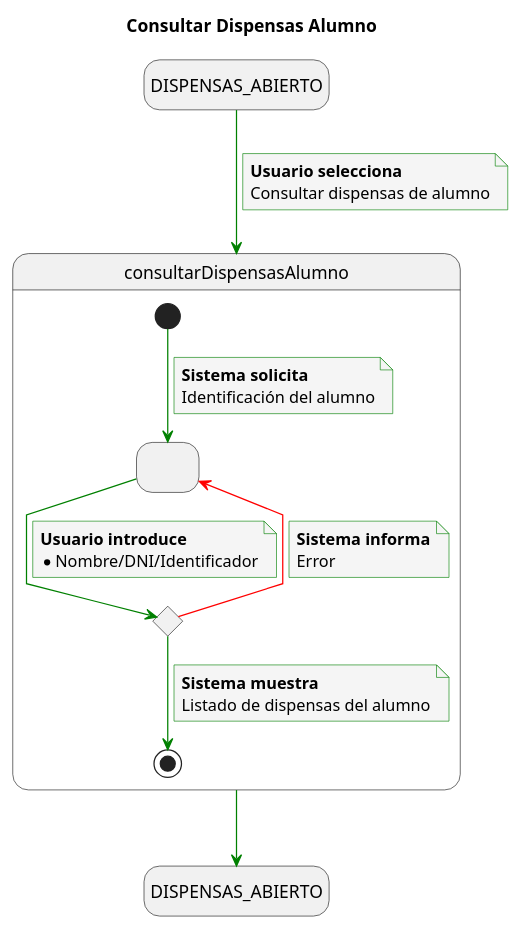
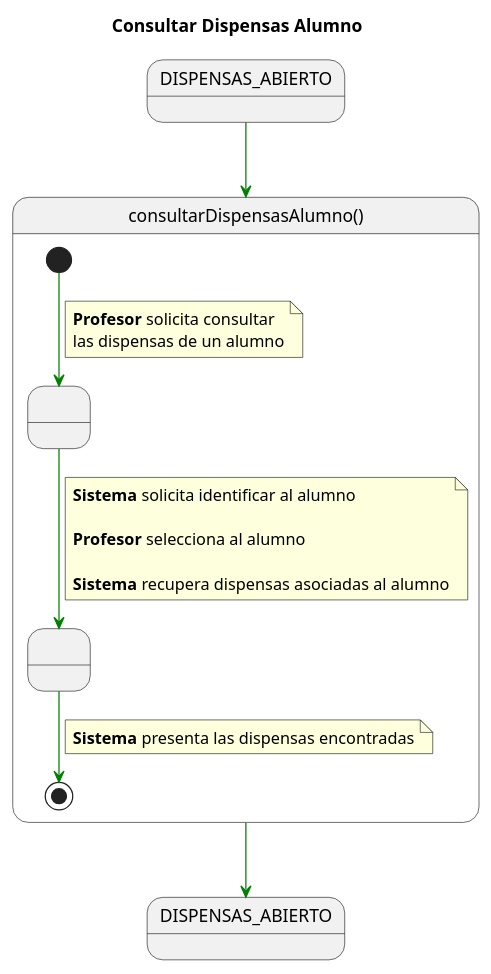
Before and after one commit to enmabry/25-26-IdSw1-SdR: the diagram in documents/CasosDeUso/DetalladoCasosDeUso/Profesor/consultarDispensasAlumno.puml, drawn with PlantUML. The commit also changed 11 other files, not shown here.

```diff
--- a/documents/CasosDeUso/DetalladoCasosDeUso/Profesor/consultarDispensasAlumno.puml
+++ b/documents/CasosDeUso/DetalladoCasosDeUso/Profesor/consultarDispensasAlumno.puml
@@ -1,53 +1,40 @@
 @startuml
 title Consultar Dispensas Alumno
 
-skinparam {
-    NoteBackgroundColor #whiteSmoke
-    ArrowColor #green
-    NoteBorderColor #green
-    linetype polyline
+skinparam linetype polyline
+
+state DISPENSAS_ABIERTO_INICIAL as "DISPENSAS_ABIERTO"
+state DISPENSAS_ABIERTO_FINAL as "DISPENSAS_ABIERTO"
+
+DISPENSAS_ABIERTO_INICIAL -[#green]-> consultarDispensasAlumno
+
+state consultarDispensasAlumno as "consultarDispensasAlumno()" {
+
+    state " " as SolicitandoBusqueda
+    state " " as ResultadosDispensas
+
+    [*] -[#green]-> SolicitandoBusqueda
+    note on link
+    <b>Profesor</b> solicita consultar
+    las dispensas de un alumno
+    end note
+
+    SolicitandoBusqueda -[#green]-> ResultadosDispensas
+    note on link
+    <b>Sistema</b> solicita identificar al alumno
+    
+    <b>Profesor</b> selecciona al alumno
+
+    <b>Sistema</b> recupera dispensas asociadas al alumno
+    end note
+
+    ResultadosDispensas -[#green]-> [*]
+    note on link
+    <b>Sistema</b> presenta las dispensas encontradas
+    end note
+
 }
 
-hide empty description
-
-state startState as "DISPENSAS_ABIERTO"
-state endState as "DISPENSAS_ABIERTO"
-
-startState --> consultarDispensasAlumno
-note on link
-    <b>Usuario selecciona</b>
-    Consultar dispensas de alumno
-end note
-
-state consultarDispensasAlumno {
-    state IngresoDatos as " "
-    state ValidarAlumno <<choice>>
-
-    [*] --> IngresoDatos
-    note on link
-        <b>Sistema solicita</b>
-        Identificación del alumno
-    end note
-
-    IngresoDatos --> ValidarAlumno
-    note on link
-        <b>Usuario introduce</b>
-        * Nombre/DNI/Identificador
-    end note
-
-    ValidarAlumno -[#red]-> IngresoDatos
-    note on link
-        <b>Sistema informa</b>
-        Error
-    end note
-
-    ValidarAlumno --> [*]
-    note on link
-        <b>Sistema muestra</b>
-        Listado de dispensas del alumno
-    end note
-}
-
-consultarDispensasAlumno --> endState
+consultarDispensasAlumno -[#green]-> DISPENSAS_ABIERTO_FINAL
 
 @enduml
```
